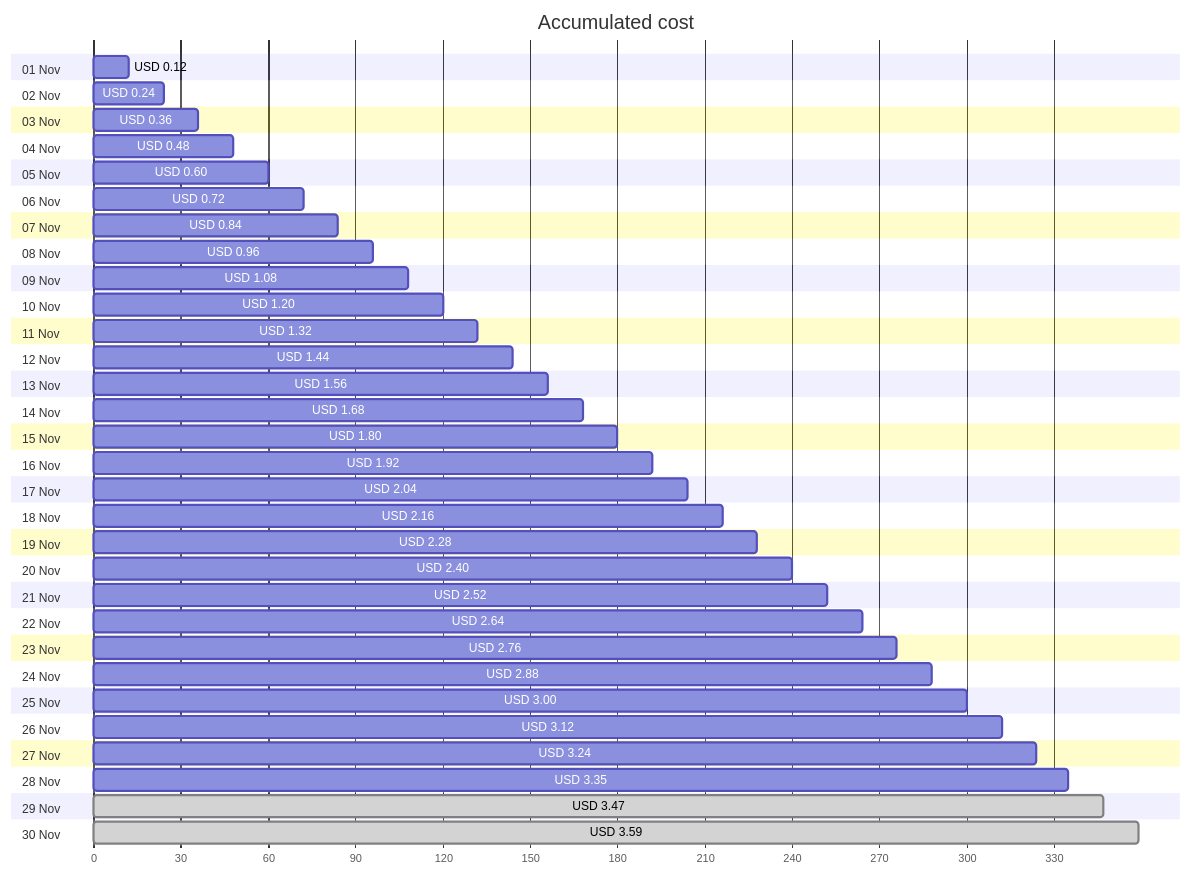
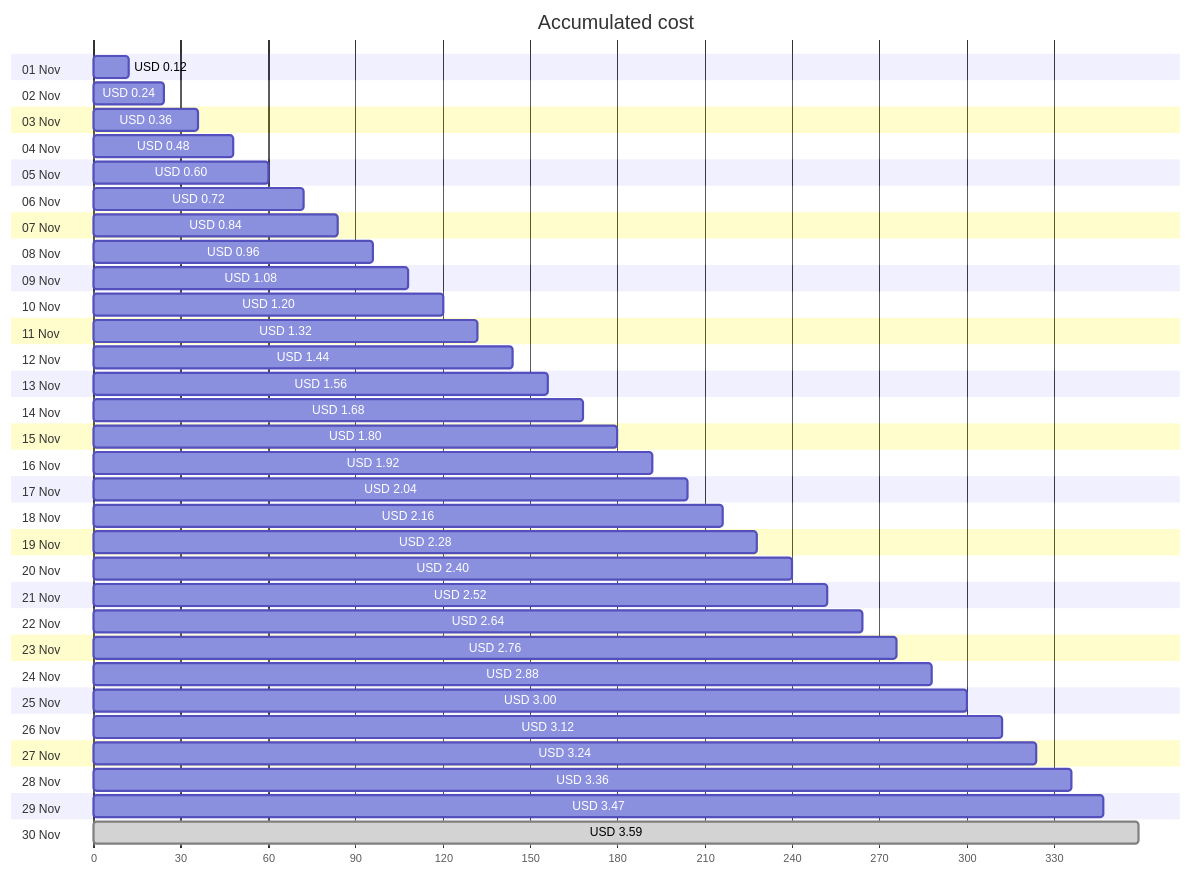
Before and after one commit to jpfulton/azure-personal-reports: the first of 4 diagrams in cost-reports/personal-network/backup-server-public-ip.md, drawn with Mermaid. The commit also changed other lines of this file and 8 other files, not shown here.

````diff
--- a/cost-reports/personal-network/backup-server-public-ip.md
+++ b/cost-reports/personal-network/backup-server-public-ip.md
@@ -20,66 +20,66 @@
 ```mermaid
 gantt
    title Accumulated cost
    dateFormat  X
    axisFormat %s
    section 01 Nov
    USD 0.12 :0, 12
    section 02 Nov
    USD 0.24 :0, 24
    section 03 Nov
    USD 0.36 :0, 36
    section 04 Nov
    USD 0.48 :0, 48
    section 05 Nov
    USD 0.60 :0, 60
    section 06 Nov
    USD 0.72 :0, 72
    section 07 Nov
    USD 0.84 :0, 84
    section 08 Nov
    USD 0.96 :0, 96
    section 09 Nov
    USD 1.08 :0, 108
    section 10 Nov
    USD 1.20 :0, 120
    section 11 Nov
    USD 1.32 :0, 132
    section 12 Nov
    USD 1.44 :0, 144
    section 13 Nov
    USD 1.56 :0, 156
    section 14 Nov
    USD 1.68 :0, 168
    section 15 Nov
    USD 1.80 :0, 180
    section 16 Nov
    USD 1.92 :0, 192
    section 17 Nov
    USD 2.04 :0, 204
    section 18 Nov
    USD 2.16 :0, 216
    section 19 Nov
    USD 2.28 :0, 228
    section 20 Nov
    USD 2.40 :0, 240
    section 21 Nov
    USD 2.52 :0, 252
    section 22 Nov
    USD 2.64 :0, 264
    section 23 Nov
    USD 2.76 :0, 276
    section 24 Nov
    USD 2.88 :0, 288
    section 25 Nov
    USD 3.00 :0, 300
    section 26 Nov
    USD 3.12 :0, 312
    section 27 Nov
    USD 3.24 :0, 324
    section 28 Nov
-   USD 3.35 :0, 335
+   USD 3.36 :0, 336
    section 29 Nov
-   USD 3.47 : done, 0, 347
+   USD 3.47 :0, 347
    section 30 Nov
    USD 3.59 : done, 0, 359
 ```
````
